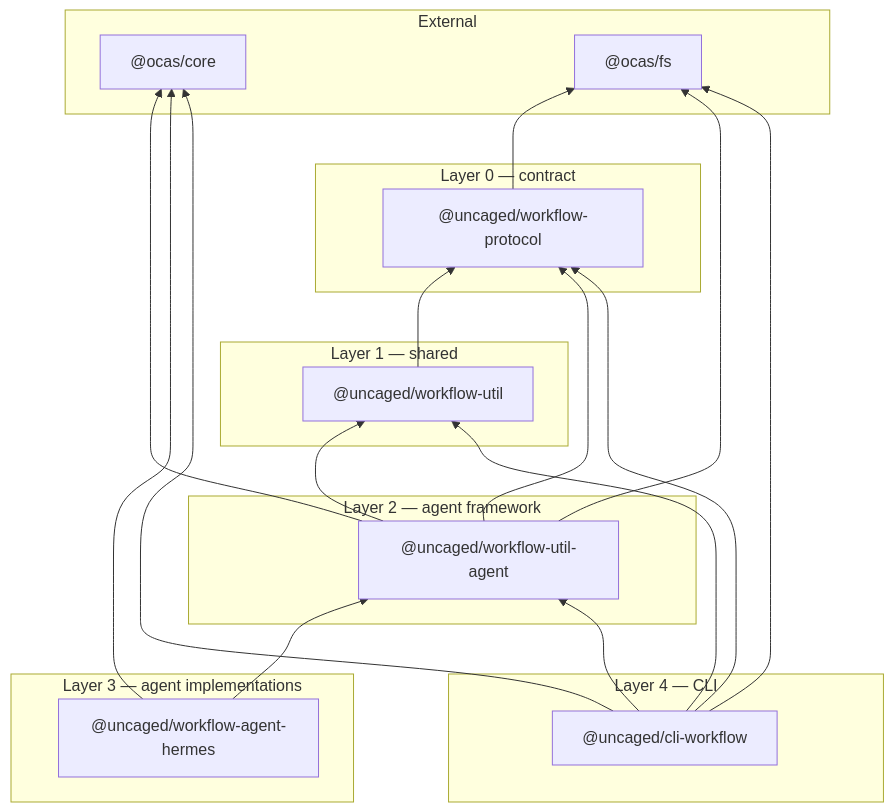
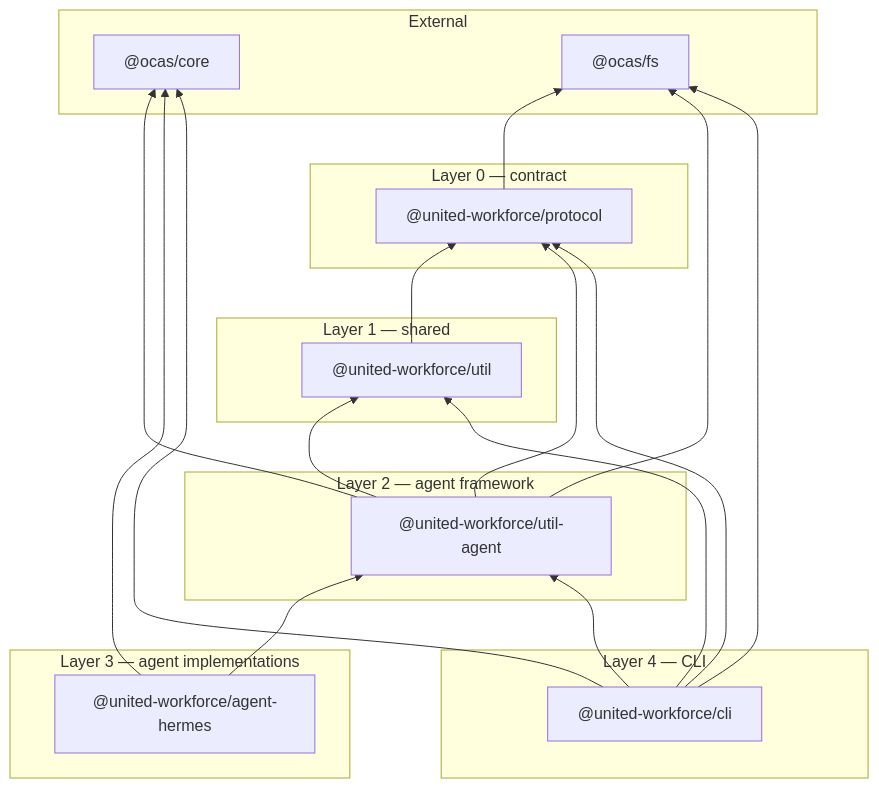
Before and after one commit to shazhou-ww/united-workforce: the diagram in docs/architecture.md, drawn with Mermaid. The commit also changed other lines of this file and 4 other files, not shown here.

Commit message:
docs: update branding to @united-workforce and fix stale storage references (Phase 5)

````diff
--- a/docs/architecture.md
+++ b/docs/architecture.md
@@ -36,35 +36,35 @@
 ```mermaid
 flowchart BT
   subgraph External
     jcas["@ocas/core"]
     jcasfs["@ocas/fs"]
   end
   subgraph L0["Layer 0 — contract"]
-    protocol["@uncaged/workflow-protocol"]
+    protocol["@united-workforce/protocol"]
   end
   subgraph L1["Layer 1 — shared"]
-    util["@uncaged/workflow-util"]
+    util["@united-workforce/util"]
   end
   subgraph L2["Layer 2 — agent framework"]
-    kit["@uncaged/workflow-util-agent"]
+    kit["@united-workforce/util-agent"]
   end
   subgraph L3["Layer 3 — agent implementations"]
-    hermes["@uncaged/workflow-agent-hermes"]
+    hermes["@united-workforce/agent-hermes"]
   end
   subgraph L4["Layer 4 — CLI"]
-    cli["@uncaged/cli-workflow"]
+    cli["@united-workforce/cli"]
   end
   protocol --> jcasfs
   util --> protocol
   kit --> protocol
   kit --> util
   kit --> jcas
   kit --> jcasfs
   hermes --> kit
   hermes --> jcas
   cli --> protocol
   cli --> util
   cli --> kit
   cli --> jcas
   cli --> jcasfs
 ```
````
